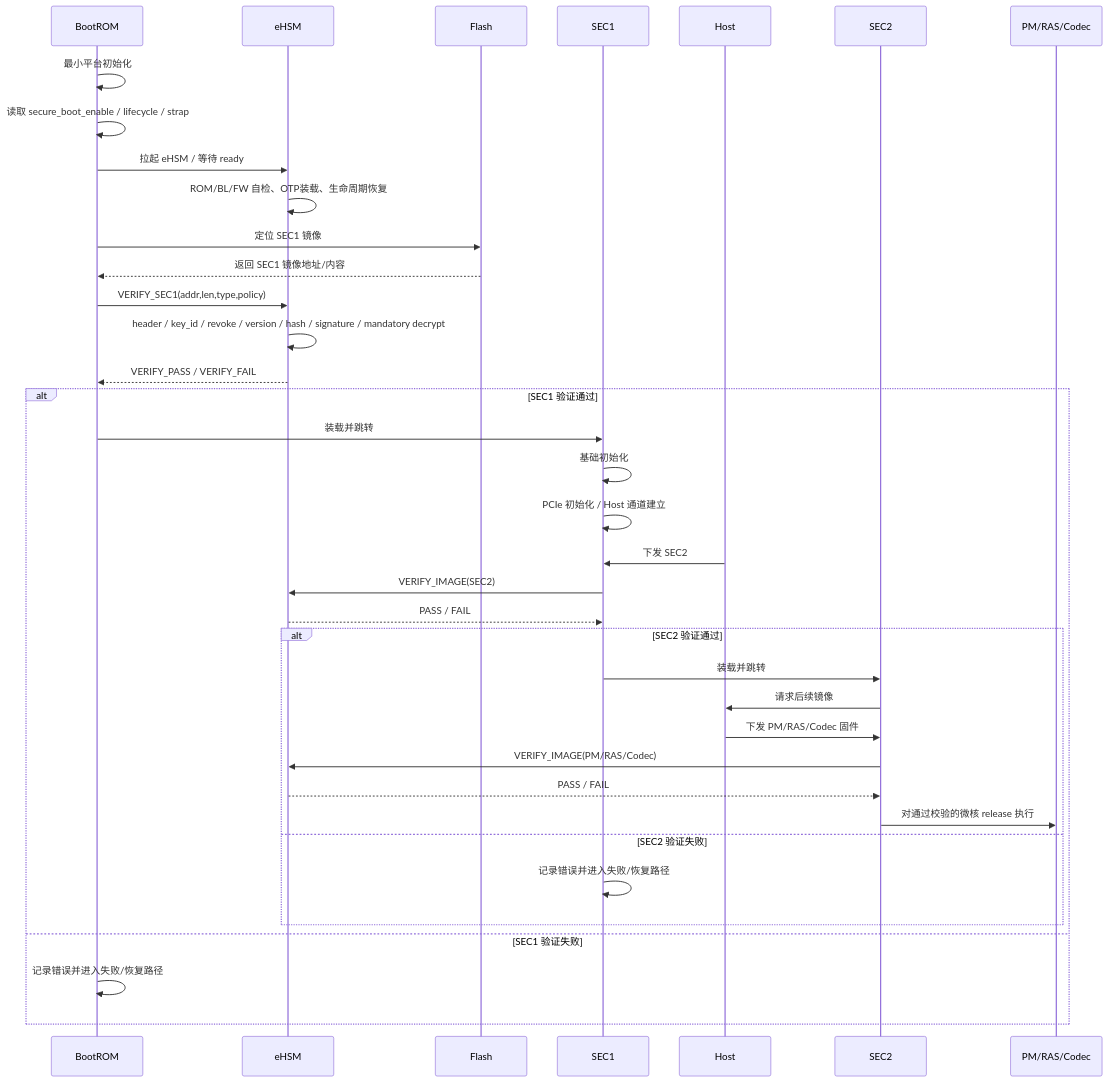
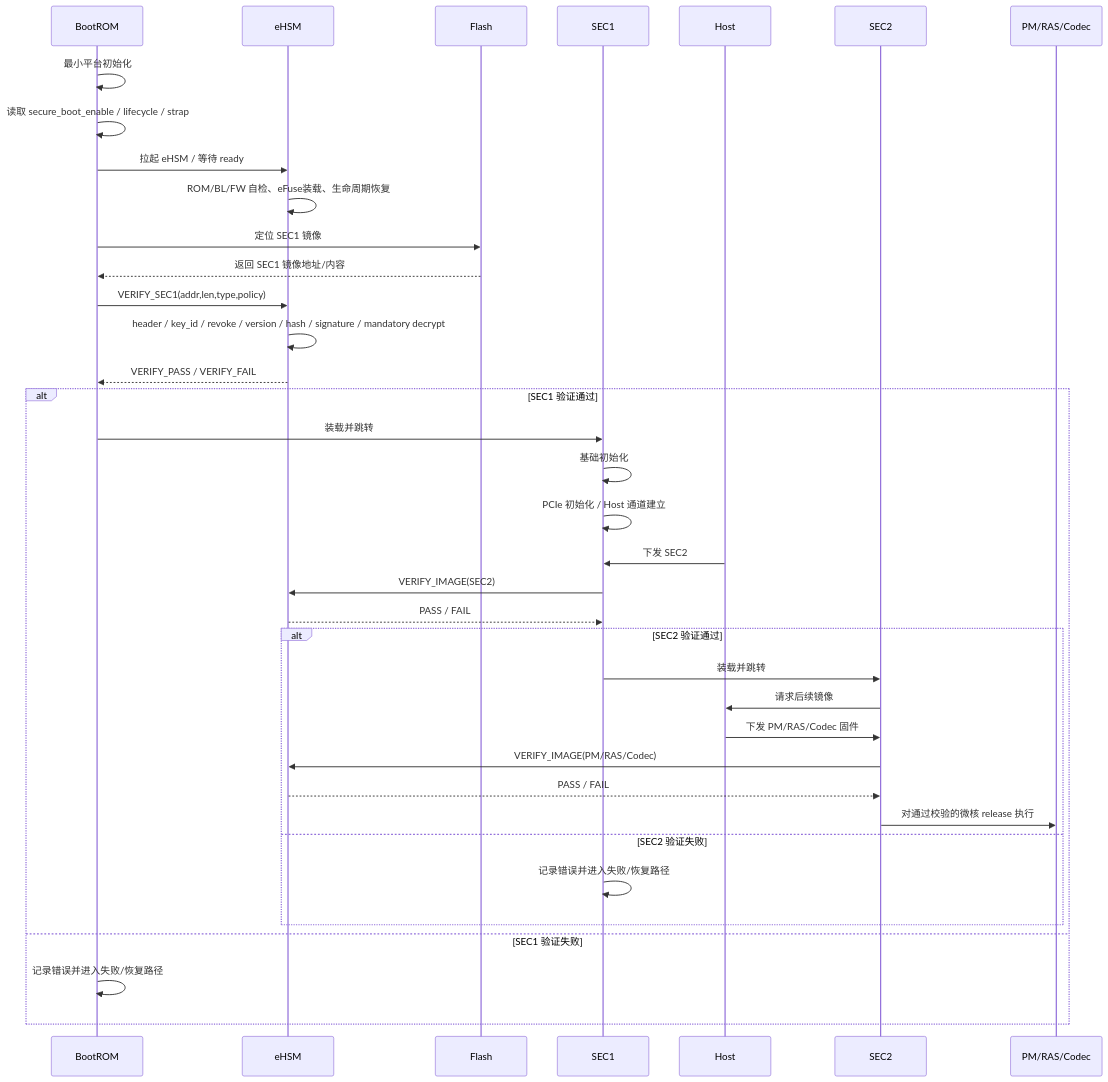
One commit to DBW19931021/security_-scheme changed the fifth of 29 diagrams in ngu800_security_solution_flow_with_gpt/security_workflow/03_detailed_design/10_full_design.md. Above: the diagram before and after it, drawn with Mermaid. The commit also changed other lines of this file and 28 other files, not shown here.

````diff
--- a/ngu800_security_solution_flow_with_gpt/security_workflow/03_detailed_design/10_full_design.md
+++ b/ngu800_security_solution_flow_with_gpt/security_workflow/03_detailed_design/10_full_design.md
@@ -492,40 +499,40 @@
 ```mermaid
 sequenceDiagram
     participant BR as BootROM
     participant EH as eHSM
     participant FL as Flash
     participant S1 as SEC1
     participant H as Host
     participant S2 as SEC2
     participant MC as PM/RAS/Codec
 
     BR->>BR: 最小平台初始化
     BR->>BR: 读取 secure_boot_enable / lifecycle / strap
     BR->>EH: 拉起 eHSM / 等待 ready
-    EH->>EH: ROM/BL/FW 自检、OTP装载、生命周期恢复
+    EH->>EH: ROM/BL/FW 自检、eFuse装载、生命周期恢复
     BR->>FL: 定位 SEC1 镜像
     FL-->>BR: 返回 SEC1 镜像地址/内容
     BR->>EH: VERIFY_SEC1(addr,len,type,policy)
     EH->>EH: header / key_id / revoke / version / hash / signature / mandatory decrypt
     EH-->>BR: VERIFY_PASS / VERIFY_FAIL
     alt SEC1 验证通过
         BR->>S1: 装载并跳转
         S1->>S1: 基础初始化
         S1->>S1: PCIe 初始化 / Host 通道建立
         H->>S1: 下发 SEC2
         S1->>EH: VERIFY_IMAGE(SEC2)
         EH-->>S1: PASS / FAIL
         alt SEC2 验证通过
             S1->>S2: 装载并跳转
             S2->>H: 请求后续镜像
             H->>S2: 下发 PM/RAS/Codec 固件
             S2->>EH: VERIFY_IMAGE(PM/RAS/Codec)
             EH-->>S2: PASS / FAIL
             S2->>MC: 对通过校验的微核 release 执行
         else SEC2 验证失败
             S1->>S1: 记录错误并进入失败/恢复路径
         end
     else SEC1 验证失败
         BR->>BR: 记录错误并进入失败/恢复路径
     end
 ```
````
